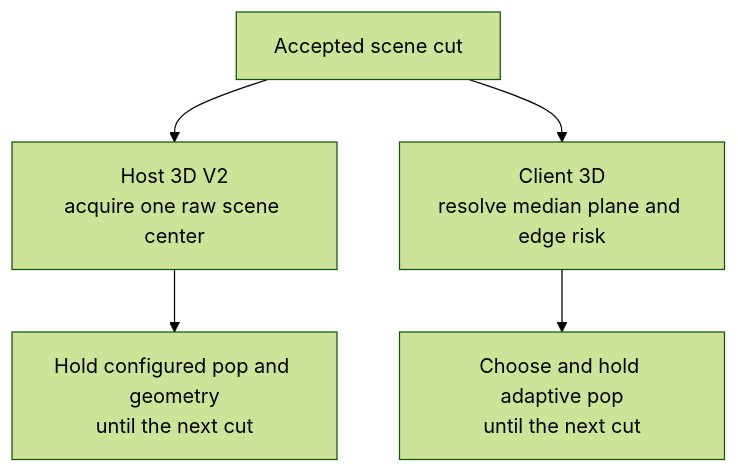
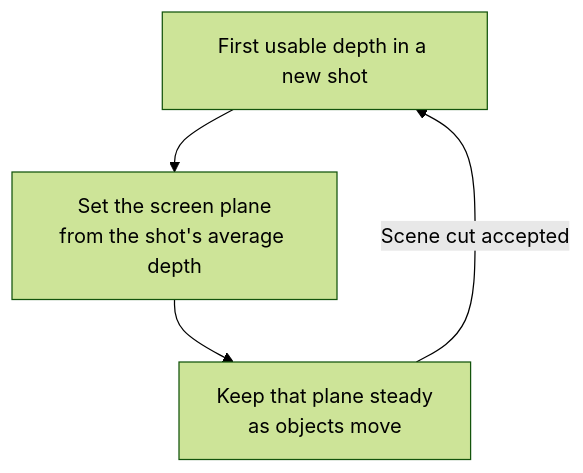
The diagram in README.md (dcatcher9/Apollo-3D), drawn with Mermaid (forest theme) before and after one commit. The commit also changed other lines of this file and 4 other files, not shown here.

````diff
--- a/README.md
+++ b/README.md
@@ -137,8 +144,7 @@
 ```mermaid
 flowchart TD
-    CUT["Accepted scene cut"]
-    CUT --> HOST["Host 3D V2<br/>acquire one raw scene center"]
-    CUT --> CLIENT["Client 3D<br/>resolve median plane and edge risk"]
-    HOST --> HOSTHOLD["Hold configured pop and geometry<br/>until the next cut"]
-    CLIENT --> CLIENTHOLD["Choose and hold adaptive pop<br/>until the next cut"]
+    START["First usable depth in a new shot"]
+    START --> PLANE["Set the screen plane<br/>from the shot's average depth"]
+    PLANE --> HOLD["Keep that plane steady<br/>as objects move"]
+    HOLD -->|"Scene cut accepted"| START
 ```
````
